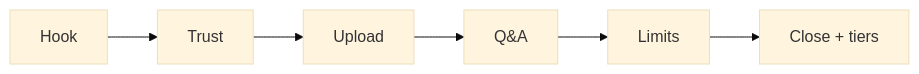
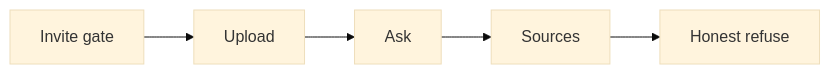
Before and after one commit to RoxanaTapia/ai-doc-to-chat-pipeline: the diagram in docs/product/demo-script.md, drawn with Mermaid (base theme). The commit also changed other lines of this file and 11 other files, not shown here.

````diff
--- a/docs/product/demo-script.md
+++ b/docs/product/demo-script.md
@@ -32,8 +13,7 @@
 ```mermaid
 flowchart LR
-  H[Hook] --> T[Trust]
-  T --> U[Upload]
-  U --> Q[Q&A]
-  Q --> L[Limits]
-  L --> C[Close + tiers]
+  Gate[Invite gate] --> Upload
+  Upload --> Ask
+  Ask --> Sources
+  Sources --> Refuse[Honest refuse]
 ```
````
